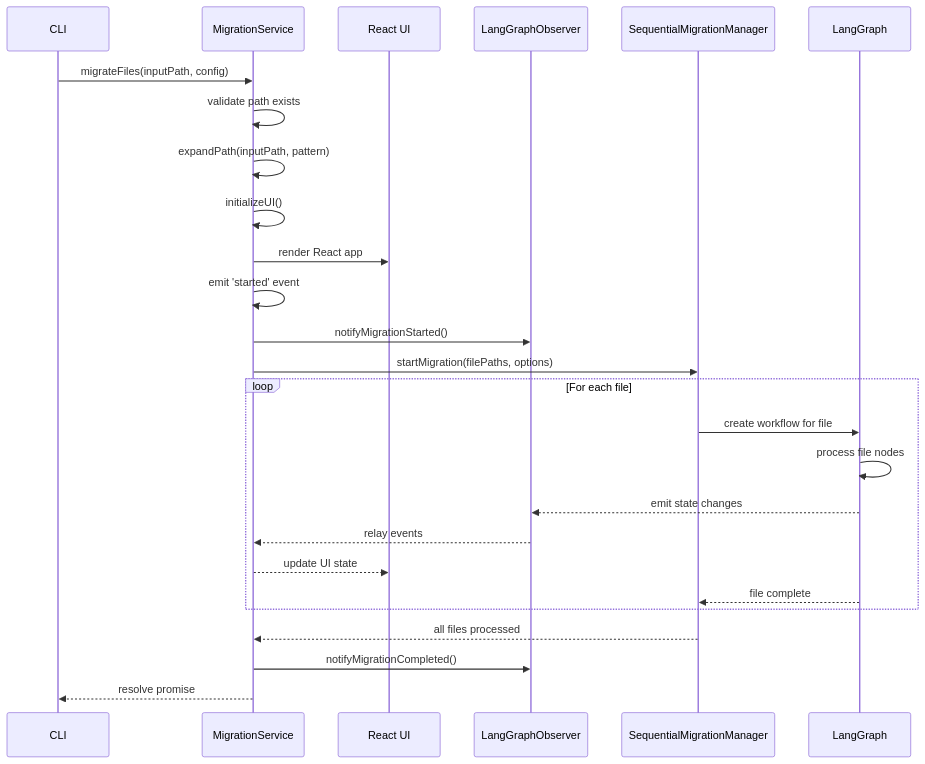
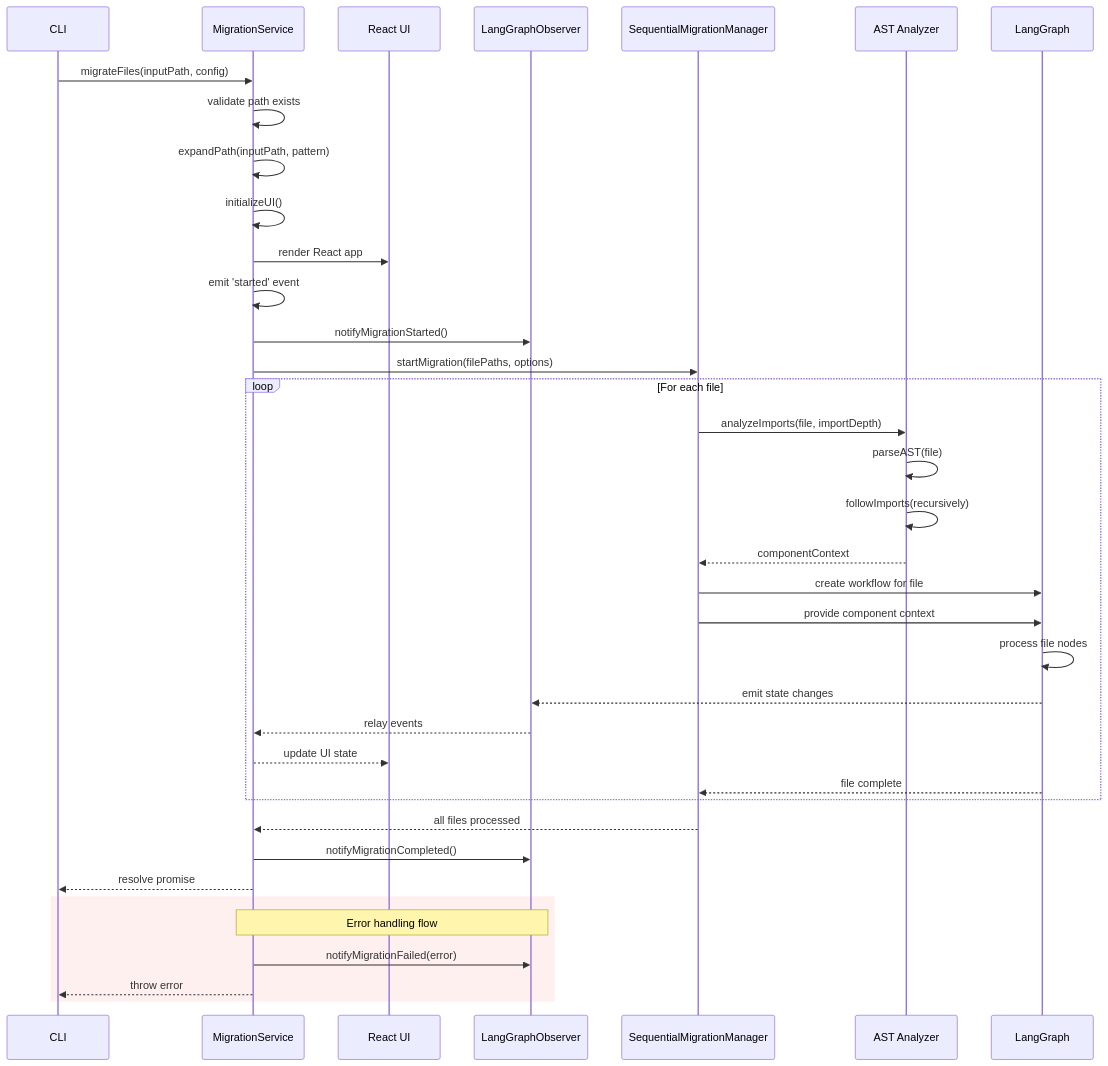
One commit to Rolilink/unshallow changed the diagram in migration-service.md. Above: the diagram before and after it, drawn with Mermaid. The commit also changed other lines of this file and 4 other files, not shown here.

````diff
--- a/migration-service.md
+++ b/migration-service.md
@@ -241,45 +261,61 @@
 ```mermaid
 sequenceDiagram
     participant CLI
     participant MigrationService
     participant UI as React UI
     participant Observer as LangGraphObserver
     participant Manager as SequentialMigrationManager
+    participant AST as AST Analyzer
     participant LangGraph
     
     CLI->>MigrationService: migrateFiles(inputPath, config)
     
     %% Path validation and file discovery
     MigrationService->>MigrationService: validate path exists
     MigrationService->>MigrationService: expandPath(inputPath, pattern)
     
     %% UI initialization
     MigrationService->>MigrationService: initializeUI()
     MigrationService->>UI: render React app
     
     %% Event setup
     MigrationService->>MigrationService: emit 'started' event
     MigrationService->>Observer: notifyMigrationStarted()
     
     %% Start migration process
     MigrationService->>Manager: startMigration(filePaths, options)
     
     %% Process files one by one
     loop For each file
+        %% Import analysis
+        Manager->>AST: analyzeImports(file, importDepth)
+        AST->>AST: parseAST(file)
+        AST->>AST: followImports(recursively)
+        AST-->>Manager: componentContext
+        
+        %% LangGraph processing
         Manager->>LangGraph: create workflow for file
+        Manager->>LangGraph: provide component context
         LangGraph->>LangGraph: process file nodes
         
         %% State changes and event flow
         LangGraph-->>Observer: emit state changes
         Observer-->>MigrationService: relay events
         MigrationService-->>UI: update UI state
         
         %% File completion
         LangGraph-->>Manager: file complete
     end
     
     %% Migration completion
     Manager-->>MigrationService: all files processed
     MigrationService->>Observer: notifyMigrationCompleted()
     MigrationService-->>CLI: resolve promise
+    
+    %% Error handling path (alternative flow)
+    rect rgb(255, 240, 240)
+        Note over MigrationService,Observer: Error handling flow
+        MigrationService->>Observer: notifyMigrationFailed(error)
+        MigrationService-->>CLI: throw error
+    end
 ```
````
